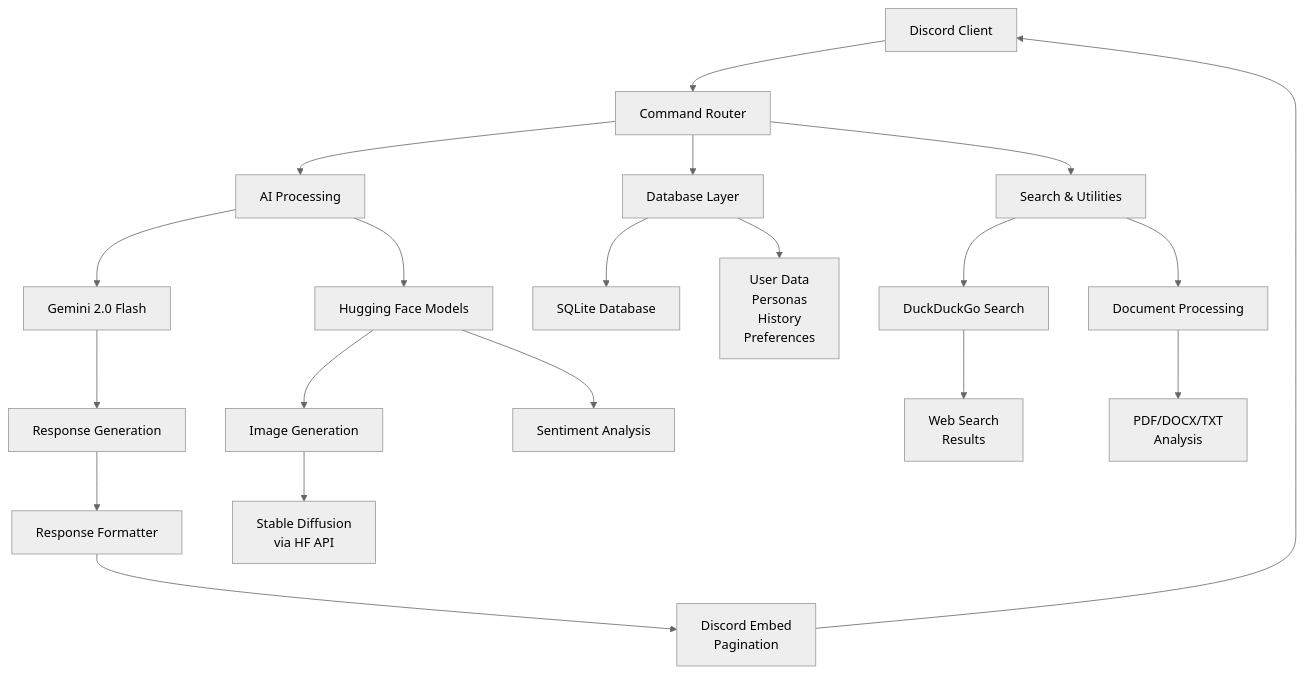
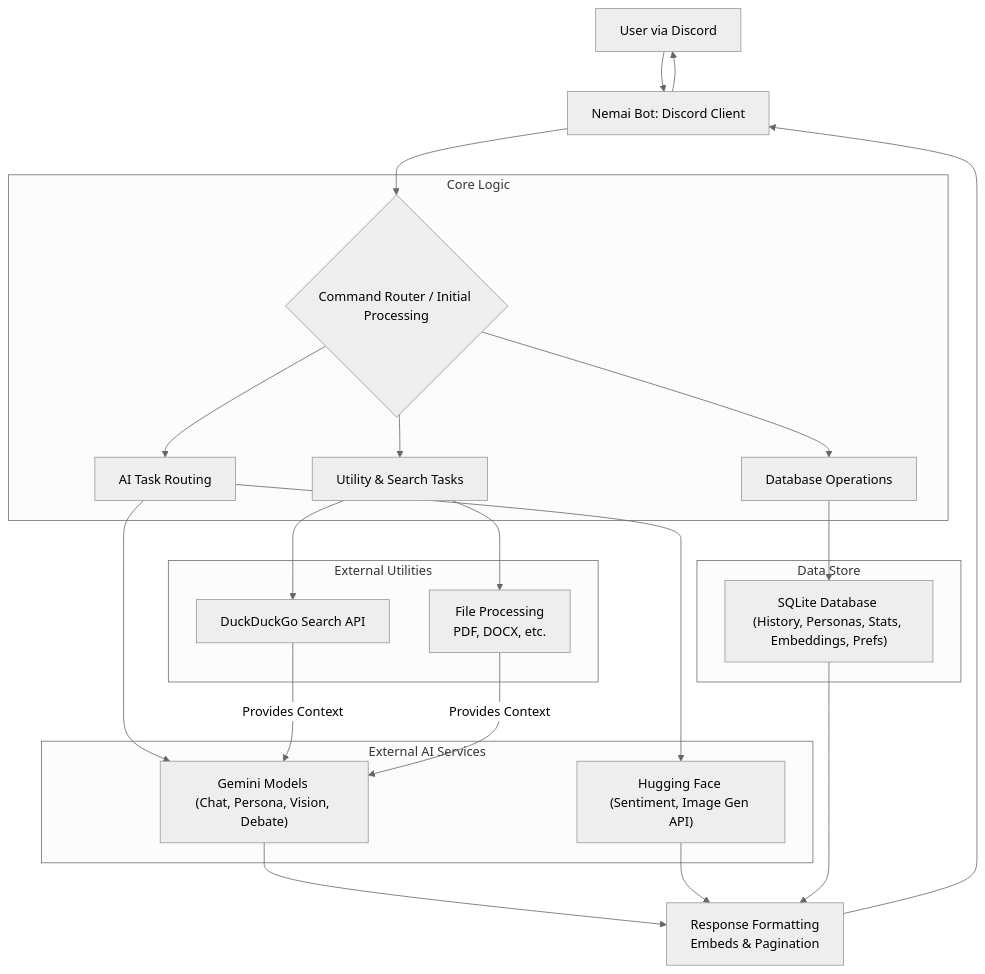
The diagram in README.md (ulviX/Nemai-Bot), drawn with Mermaid (neutral theme) before and after one commit.

Commit message:
Modified graph

````diff
--- a/README.md
+++ b/README.md
@@ -88,22 +88,38 @@
 ```mermaid
 graph TD
-    A[Discord Client] --> B[Command Router]
-    B --> C[AI Processing]
-    C --> D[Gemini 2.0 Flash]
-    C --> E[Hugging Face Models]
-    B --> F[Database Layer]
-    F --> G[SQLite Database]
-    B --> H[Search & Utilities]
-    H --> I[DuckDuckGo Search]
-    H --> J[Document Processing]
-    E --> K[Image Generation]
-    E --> L[Sentiment Analysis]
-    F --> M[User Data<br>Personas<br>History<br>Preferences]
-    D --> N[Response Generation]
-    J --> O[PDF/DOCX/TXT<br>Analysis]
-    K --> P[Stable Diffusion<br>via HF API]
-    I --> Q[Web Search<br>Results]
-    N --> R[Response Formatter]
-    R --> S[Discord Embed<br>Pagination]
-    S --> A
+    A[User via Discord] --> B[Nemai Bot: Discord Client]
+    B --> C{Command Router / Initial Processing}
+
+    subgraph Core Logic
+        C --> D[AI Task Routing]
+        C --> E[Database Operations]
+        C --> F[Utility & Search Tasks]
+    end
+
+    subgraph External AI Services
+        D --> G["Gemini Models <br/>(Chat, Persona, Vision, Debate)"]
+        D --> H["Hugging Face <br/>(Sentiment, Image Gen API)"]
+    end
+
+    subgraph Data Store
+        E --> I["SQLite Database <br/>(History, Personas, Stats, Embeddings, Prefs)"]
+    end
+
+    subgraph External Utilities
+        F --> J[DuckDuckGo Search API]
+        F --> K[File Processing <br/>PDF, DOCX, etc.]
+    end
+
+    %% Results feed into Response Formatting
+    G --> L["Response Formatting <br/>Embeds & Pagination"]
+    H --> L
+    I --> L
+
+    %% Utilities context flow
+    J -->|Provides Context| G
+    K -->|Provides Context| G
+
+    %% Final response path
+    L --> B
+    B --> A
 ```
````
